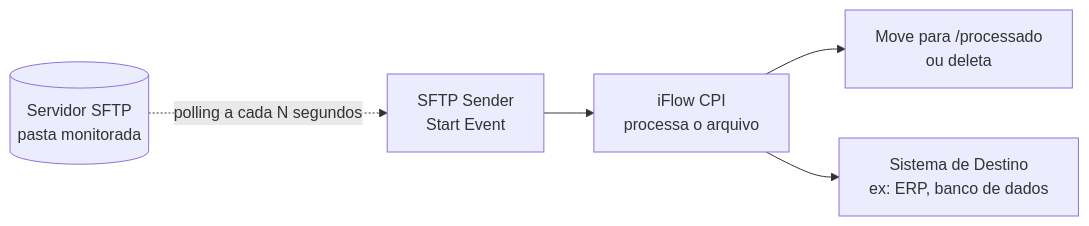
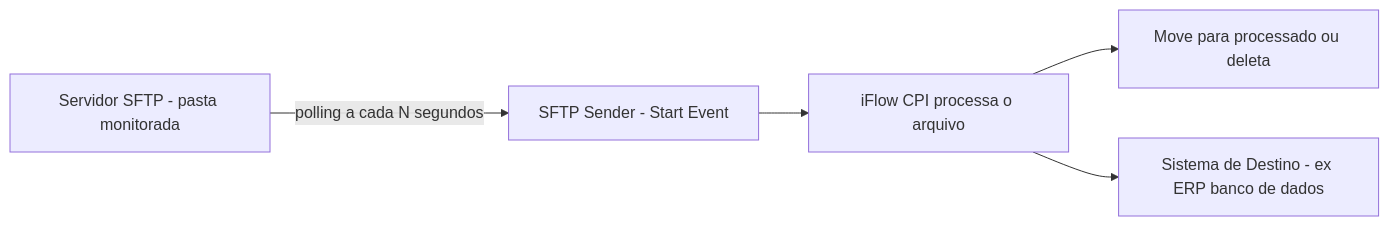
One commit to OrlandoCaetano2026/SAP_Integration_Suite_Learning changed the second of 4 diagrams in docs/18-d3-sftp-adapter.md. Above: the diagram before and after it, drawn with Mermaid. The commit also changed other lines of this file and 7 other files, not shown here.

Commit message:
docs: completa D3 SFTP Consumer (lab16) - polling, enriquecimento MES e confirmacao externa no servidor SFTP

````diff
--- a/docs/18-d3-sftp-adapter.md
+++ b/docs/18-d3-sftp-adapter.md
@@ -41,7 +42,7 @@
 ```mermaid
 flowchart LR
-    A[("Servidor SFTP<br/>pasta monitorada")] -.polling a cada N segundos.-> B[SFTP Sender<br/>Start Event]
-    B --> C[iFlow CPI<br/>processa o arquivo]
-    C --> D[Move para /processado<br/>ou deleta]
-    C --> E[Sistema de Destino<br/>ex: ERP, banco de dados]
+    A["Servidor SFTP - pasta monitorada"] -->|"polling a cada N segundos"| B["SFTP Sender - Start Event"]
+    B --> C["iFlow CPI processa o arquivo"]
+    C --> D["Move para processado ou deleta"]
+    C --> E["Sistema de Destino - ex ERP banco de dados"]
 ```
````
